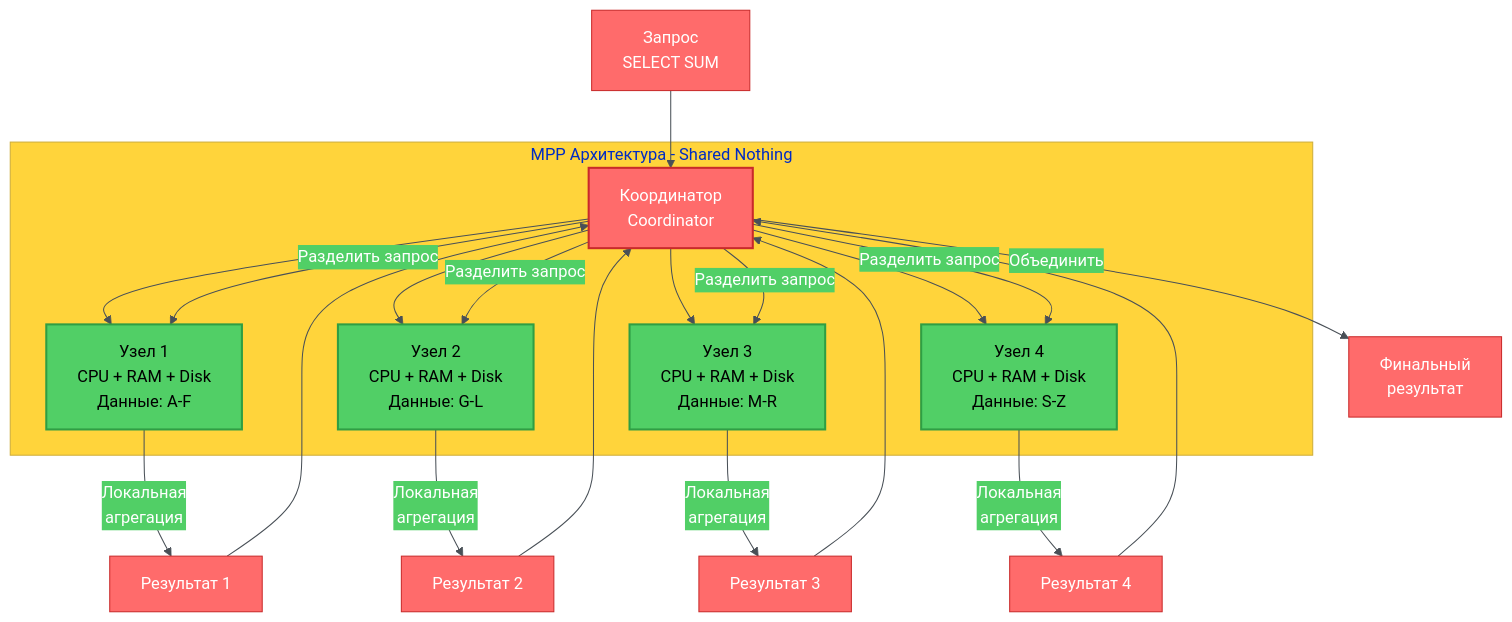
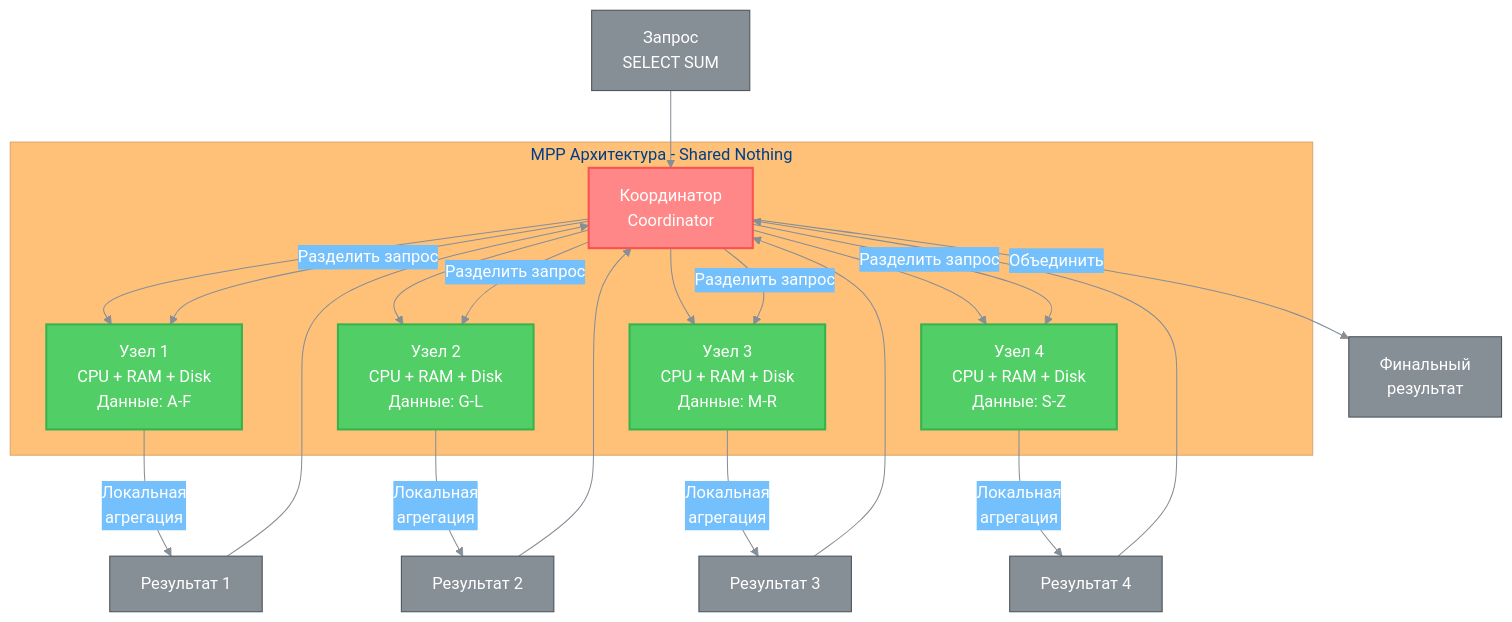
One commit to alx314vo/db_exam changed diagram 15 of 23 in db_exam.md. Above: the diagram before and after it, drawn with Mermaid. The commit also changed other lines of this file, not shown here.

````diff
--- a/db_exam.md
+++ b/db_exam.md
@@ -779,34 +779,34 @@
 ```mermaid
-%%{init: {'theme':'base', 'themeVariables': {'primaryColor':'#ff6b6b','primaryTextColor':'#fff','primaryBorderColor':'#c92a2a','lineColor':'#495057','secondaryColor':'#51cf66','tertiaryColor':'#ffd43b'}}}%%
+%%{init: {'theme':'base', 'themeVariables': {'primaryColor':'#868e96','primaryTextColor':'#fff','primaryBorderColor':'#495057','lineColor':'#868e96','secondaryColor':'#74c0fc','tertiaryColor':'#ffc078','background':'#ffffff','textColor':'#212529'}}}%%
 graph TB
     subgraph "MPP Архитектура - Shared Nothing"
         C[Координатор<br/>Coordinator] --> N1[Узел 1<br/>CPU + RAM + Disk<br/>Данные: A-F]
         C --> N2[Узел 2<br/>CPU + RAM + Disk<br/>Данные: G-L]
         C --> N3[Узел 3<br/>CPU + RAM + Disk<br/>Данные: M-R]
         C --> N4[Узел 4<br/>CPU + RAM + Disk<br/>Данные: S-Z]
     end
     
     Q[Запрос<br/>SELECT SUM] --> C
     C -->|Разделить запрос| N1
     C -->|Разделить запрос| N2
     C -->|Разделить запрос| N3
     C -->|Разделить запрос| N4
     
     N1 -->|Локальная<br/>агрегация| R1[Результат 1]
     N2 -->|Локальная<br/>агрегация| R2[Результат 2]
     N3 -->|Локальная<br/>агрегация| R3[Результат 3]
     N4 -->|Локальная<br/>агрегация| R4[Результат 4]
     
     R1 --> C
     R2 --> C
     R3 --> C
     R4 --> C
     
     C -->|Объединить| F[Финальный<br/>результат]
     
-    style C fill:#ff6b6b,stroke:#c92a2a,stroke-width:2px,color:#fff
-    style N1 fill:#51cf66,stroke:#2f9e44,stroke-width:2px,color:#000
-    style N2 fill:#51cf66,stroke:#2f9e44,stroke-width:2px,color:#000
-    style N3 fill:#51cf66,stroke:#2f9e44,stroke-width:2px,color:#000
-    style N4 fill:#51cf66,stroke:#2f9e44,stroke-width:2px,color:#000
+    style C fill:#ff8787,stroke:#fa5252,stroke-width:2px,color:#fff
+    style N1 fill:#51cf66,stroke:#37b24d,stroke-width:2px,color:#fff
+    style N2 fill:#51cf66,stroke:#37b24d,stroke-width:2px,color:#fff
+    style N3 fill:#51cf66,stroke:#37b24d,stroke-width:2px,color:#fff
+    style N4 fill:#51cf66,stroke:#37b24d,stroke-width:2px,color:#fff
 ```
````
